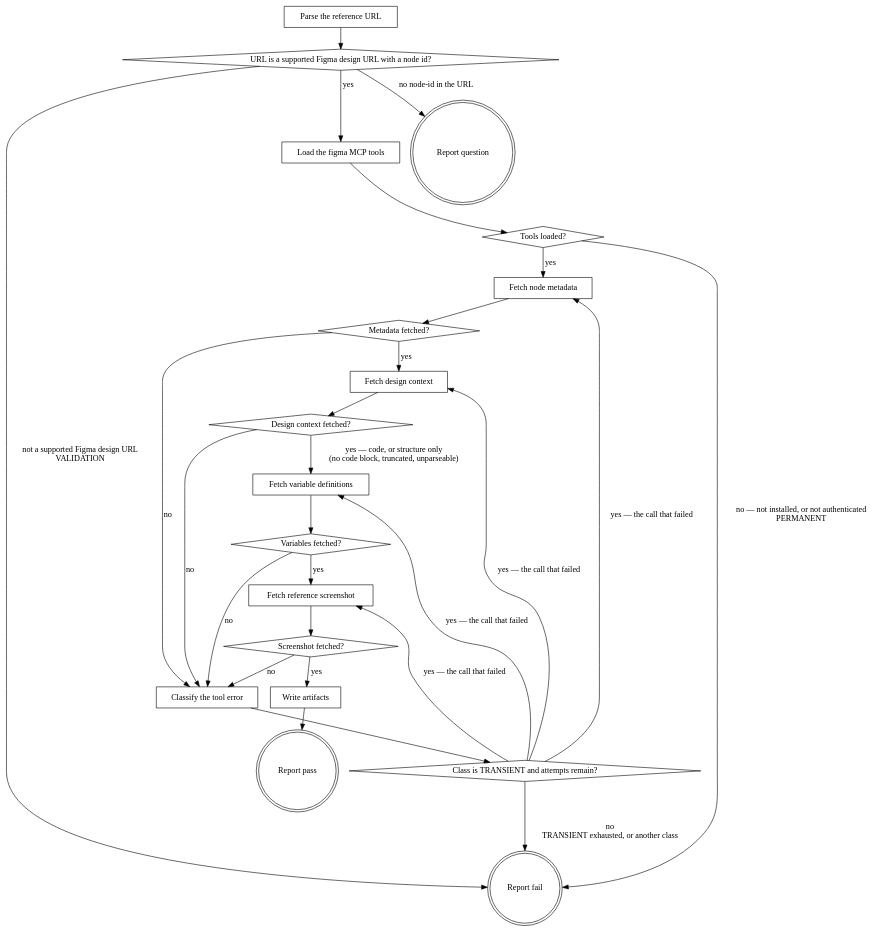
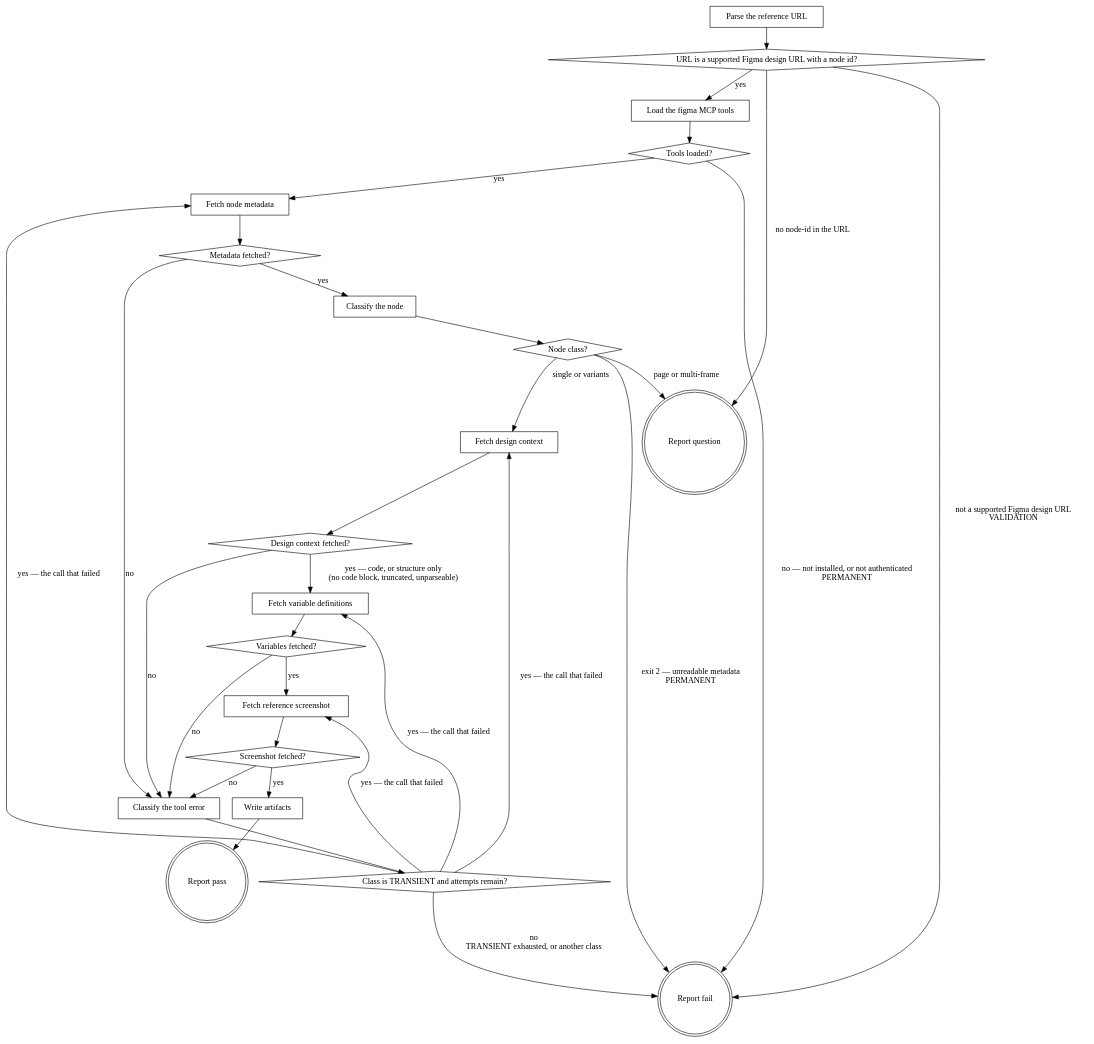
The diagram in plugins/figma/skills/fetch-reference/SKILL.md (agenticDraft/aem-eds-ai-workflow-demo), drawn with Graphviz before and after one commit. The commit also changed other lines of this file, not shown here.

First line of the commit message:
fetch-reference asks which frame when the node is a page or several frames

````diff
--- a/plugins/figma/skills/fetch-reference/SKILL.md
+++ b/plugins/figma/skills/fetch-reference/SKILL.md
@@ -41,49 +41,55 @@
 ```dot
 digraph fetch_reference {
     "Parse the reference URL" [shape=box];
     "URL is a supported Figma design URL with a node id?" [shape=diamond];
     "Load the figma MCP tools" [shape=box];
     "Tools loaded?" [shape=diamond];
     "Fetch node metadata" [shape=box];
     "Metadata fetched?" [shape=diamond];
+    "Classify the node" [shape=box];
+    "Node class?" [shape=diamond];
     "Fetch design context" [shape=box];
     "Design context fetched?" [shape=diamond];
     "Fetch variable definitions" [shape=box];
     "Variables fetched?" [shape=diamond];
     "Fetch reference screenshot" [shape=box];
     "Screenshot fetched?" [shape=diamond];
     "Classify the tool error" [shape=box];
     "Class is TRANSIENT and attempts remain?" [shape=diamond];
     "Write artifacts" [shape=box];
     "Report pass" [shape=doublecircle];
     "Report fail" [shape=doublecircle];
     "Report question" [shape=doublecircle];
 
     "Parse the reference URL" -> "URL is a supported Figma design URL with a node id?";
     "URL is a supported Figma design URL with a node id?" -> "Load the figma MCP tools" [label="yes"];
     "URL is a supported Figma design URL with a node id?" -> "Report question" [label="no node-id in the URL"];
     "URL is a supported Figma design URL with a node id?" -> "Report fail" [label="not a supported Figma design URL\nVALIDATION"];
     "Load the figma MCP tools" -> "Tools loaded?";
     "Tools loaded?" -> "Fetch node metadata" [label="yes"];
     "Tools loaded?" -> "Report fail" [label="no — not installed, or not authenticated\nPERMANENT"];
     "Fetch node metadata" -> "Metadata fetched?";
-    "Metadata fetched?" -> "Fetch design context" [label="yes"];
+    "Metadata fetched?" -> "Classify the node" [label="yes"];
+    "Classify the node" -> "Node class?";
+    "Node class?" -> "Fetch design context" [label="single or variants"];
+    "Node class?" -> "Report question" [label="page or multi-frame"];
+    "Node class?" -> "Report fail" [label="exit 2 — unreadable metadata\nPERMANENT"];
     "Metadata fetched?" -> "Classify the tool error" [label="no"];
     "Fetch design context" -> "Design context fetched?";
     "Design context fetched?" -> "Fetch variable definitions" [label="yes — code, or structure only\n(no code block, truncated, unparseable)"];
     "Design context fetched?" -> "Classify the tool error" [label="no"];
     "Fetch variable definitions" -> "Variables fetched?";
     "Variables fetched?" -> "Fetch reference screenshot" [label="yes"];
     "Variables fetched?" -> "Classify the tool error" [label="no"];
     "Fetch reference screenshot" -> "Screenshot fetched?";
     "Screenshot fetched?" -> "Write artifacts" [label="yes"];
     "Screenshot fetched?" -> "Classify the tool error" [label="no"];
     "Classify the tool error" -> "Class is TRANSIENT and attempts remain?";
     "Class is TRANSIENT and attempts remain?" -> "Fetch node metadata" [label="yes — the call that failed"];
     "Class is TRANSIENT and attempts remain?" -> "Fetch design context" [label="yes — the call that failed"];
     "Class is TRANSIENT and attempts remain?" -> "Fetch variable definitions" [label="yes — the call that failed"];
     "Class is TRANSIENT and attempts remain?" -> "Fetch reference screenshot" [label="yes — the call that failed"];
     "Class is TRANSIENT and attempts remain?" -> "Report fail" [label="no\nTRANSIENT exhausted, or another class"];
     "Write artifacts" -> "Report pass";
 }
 ```
````
